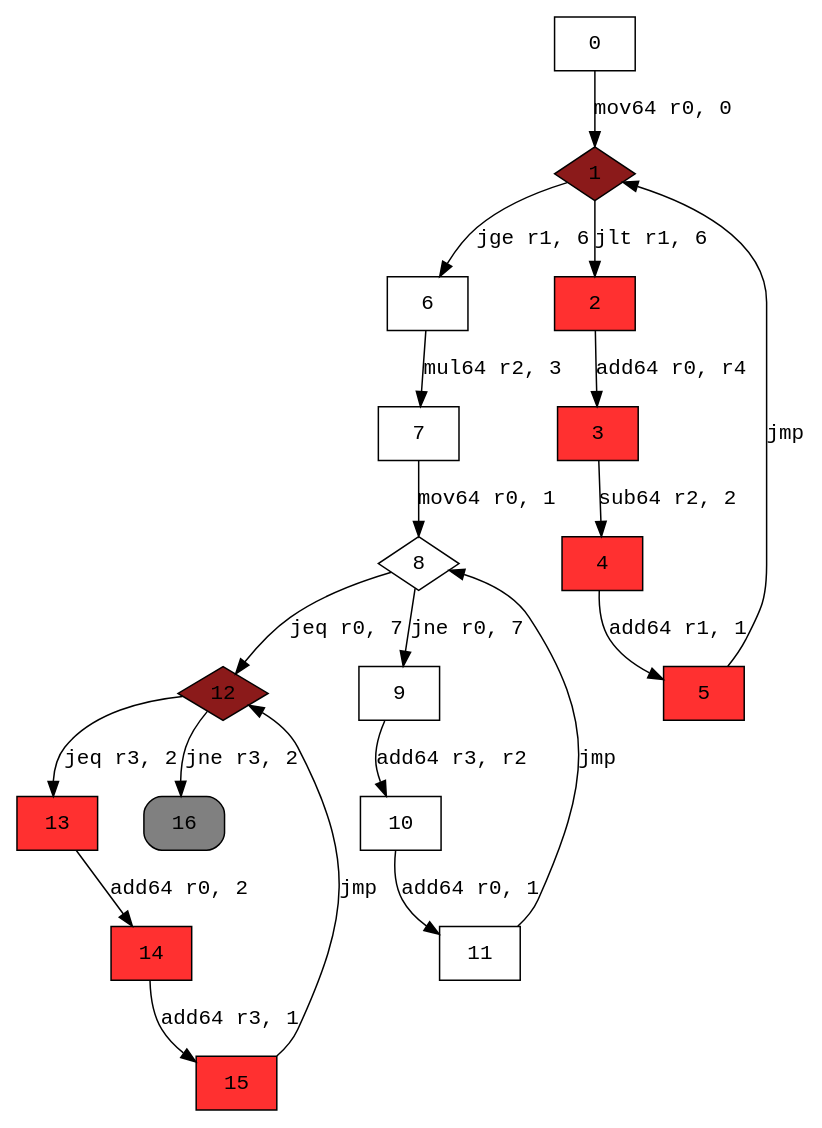
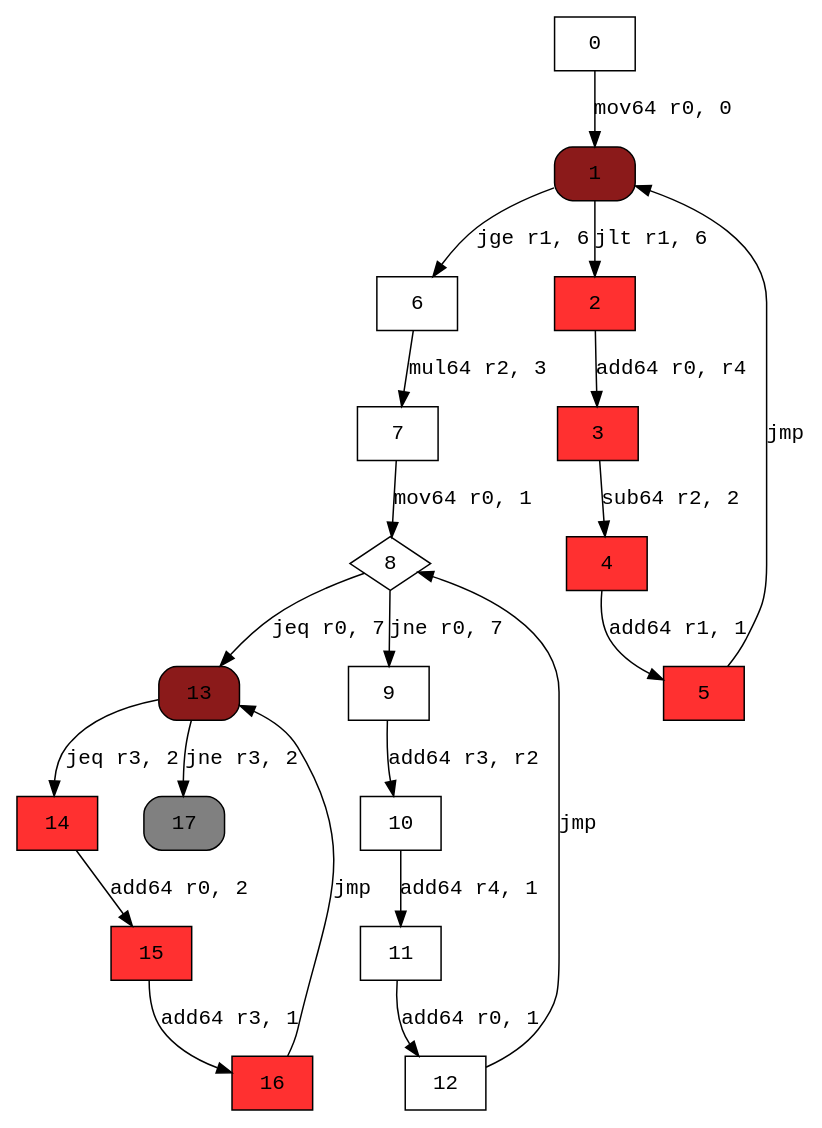
The diagram in graphs/seqWhiles.dot (XicoCorreia/InformationFlowAnalysisEbpf), drawn with Graphviz before and after one commit. The commit also changed 16 other files, not shown here.

Commit message:
Fix dot file graph

```diff
--- a/graphs/seqWhiles.dot
+++ b/graphs/seqWhiles.dot
@@ -1,35 +1,36 @@
 digraph cfg { 
 node [fontname="monospace"];
 node [shape=box];
 edge [fontname="monospace"];
   0 -> 1 [label="mov64 r0, 0"];
   1 -> 6 [label="jge r1, 6"];
   1 -> 2 [label="jlt r1, 6"];
   2 -> 3 [label="add64 r0, r4"];
   3 -> 4 [label="sub64 r2, 2"];
   4 -> 5 [label="add64 r1, 1"];
   5 -> 1 [label="jmp"];
   6 -> 7 [label="mul64 r2, 3"];
   7 -> 8 [label="mov64 r0, 1"];
-  8 -> 12 [label="jeq r0, 7"];
+  8 -> 13 [label="jeq r0, 7"];
   8 -> 9 [label="jne r0, 7"];
   9 -> 10 [label="add64 r3, r2"];
-  10 -> 11 [label="add64 r0, 1"];
-  11 -> 8 [label="jmp"];
-  12 -> 13 [label="jeq r3, 2"];
-  12 -> 16 [label="jne r3, 2"];
-  13 -> 14 [label="add64 r0, 2"];
-  14 -> 15 [label="add64 r3, 1"];
-  15 -> 12 [label="jmp"];
-1 [shape=diamond,style=filled,fillcolor=firebrick4];
+  10 -> 11 [label="add64 r4, 1"];
+  11 -> 12 [label="add64 r0, 1"];
+  12 -> 8 [label="jmp"];
+  13 -> 14 [label="jeq r3, 2"];
+  13 -> 17 [label="jne r3, 2"];
+  14 -> 15 [label="add64 r0, 2"];
+  15 -> 16 [label="add64 r3, 1"];
+  16 -> 13 [label="jmp"];
+1 [style="rounded,filled",fillcolor=firebrick4];
 2 [style=filled,fillcolor=firebrick1];
 3 [style=filled,fillcolor=firebrick1];
 4 [style=filled,fillcolor=firebrick1];
 5 [style=filled,fillcolor=firebrick1];
 8 [shape=diamond];
-12 [shape=diamond,style=filled,fillcolor=firebrick4];
-13 [style=filled,fillcolor=firebrick1];
+13 [style="rounded,filled",fillcolor=firebrick4];
 14 [style=filled,fillcolor=firebrick1];
 15 [style=filled,fillcolor=firebrick1];
-16 [style="rounded,filled",fillcolor=grey];
+16 [style=filled,fillcolor=firebrick1];
+17 [style="rounded,filled",fillcolor=grey];
 }
```
